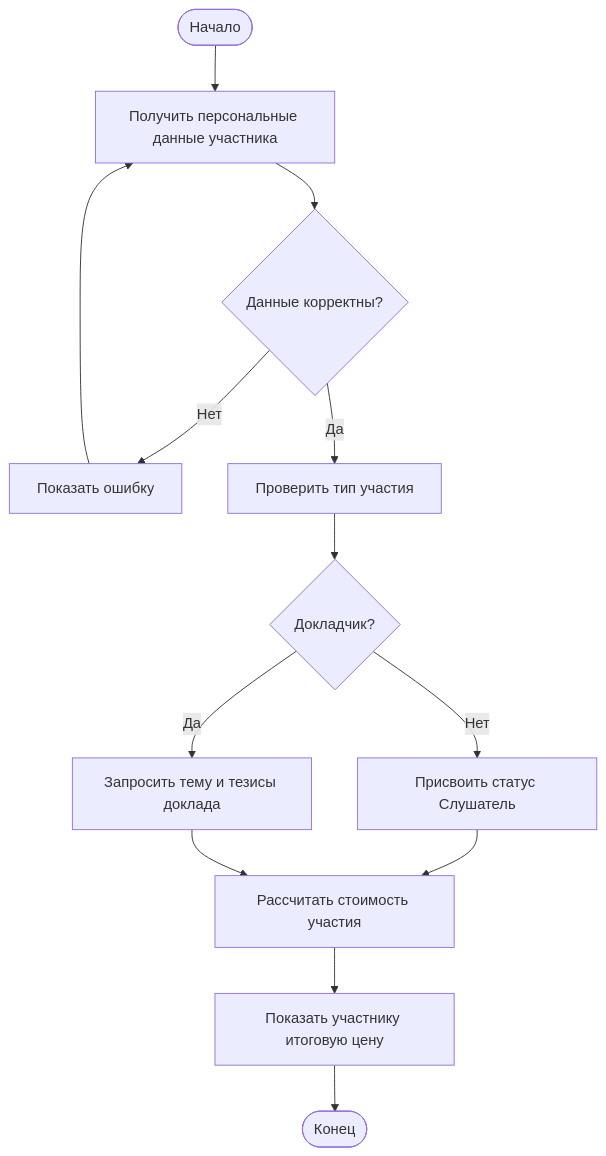
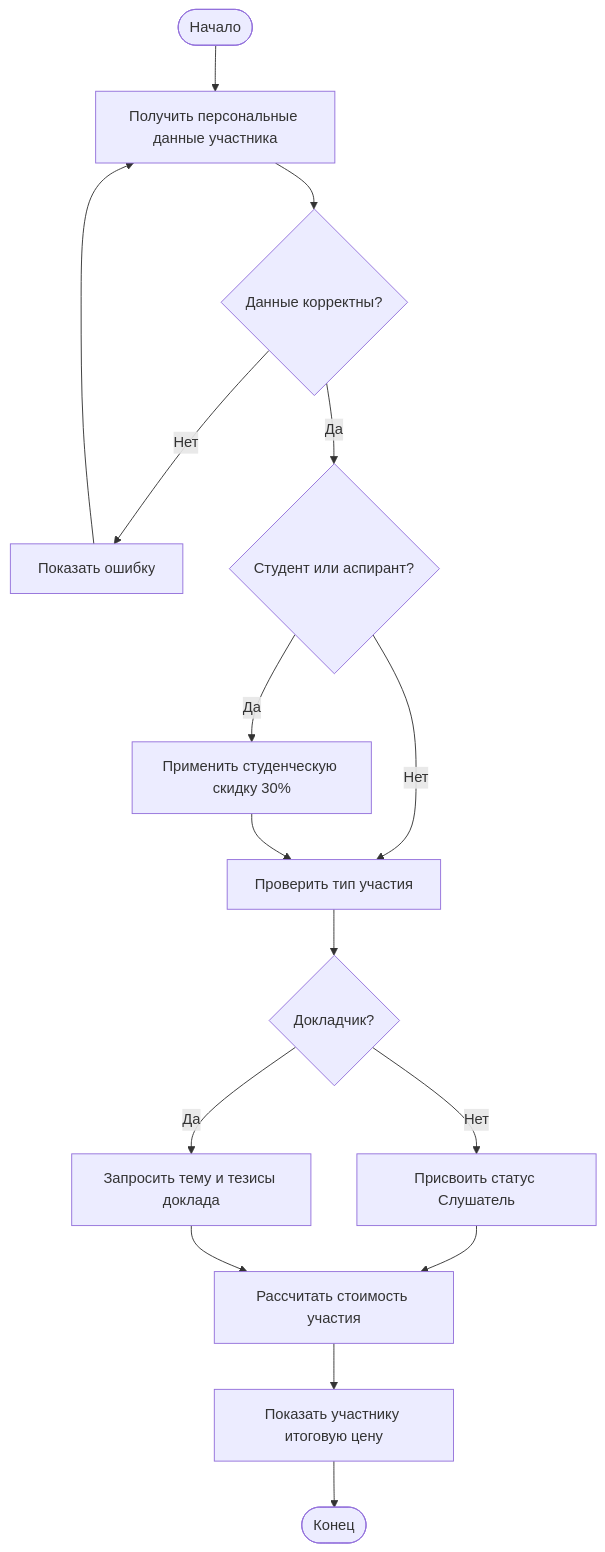
One commit to PomasIJ/visual-programming-labs--Pomas- changed the diagram in lab1/docs/flowchart.md. Above: the diagram before and after it, drawn with Mermaid.

Commit message:
Update flowchart

````diff
--- a/lab1/docs/flowchart.md
+++ b/lab1/docs/flowchart.md
@@ -2,15 +2,18 @@
 ```mermaid
 flowchart TD
     A([Начало]) --> B[Получить персональные данные участника]
     B --> C{Данные корректны?}
     C -- Нет --> D[Показать ошибку]
     D --> B
-    C -- Да --> E[Проверить тип участия]
+    C -- Да --> C2{Студент или аспирант?}
+    C2 -- Да --> C3[Применить студенческую скидку 30%]
+    C2 -- Нет --> E[Проверить тип участия]
+    C3 --> E
     E --> F{Докладчик?}
     F -- Нет --> G[Присвоить статус Слушатель]
     F -- Да --> H[Запросить тему и тезисы доклада]
     G --> I[Рассчитать стоимость участия]
     H --> I
     I --> J[Показать участнику итоговую цену]
     J --> K([Конец])
 ```
````
